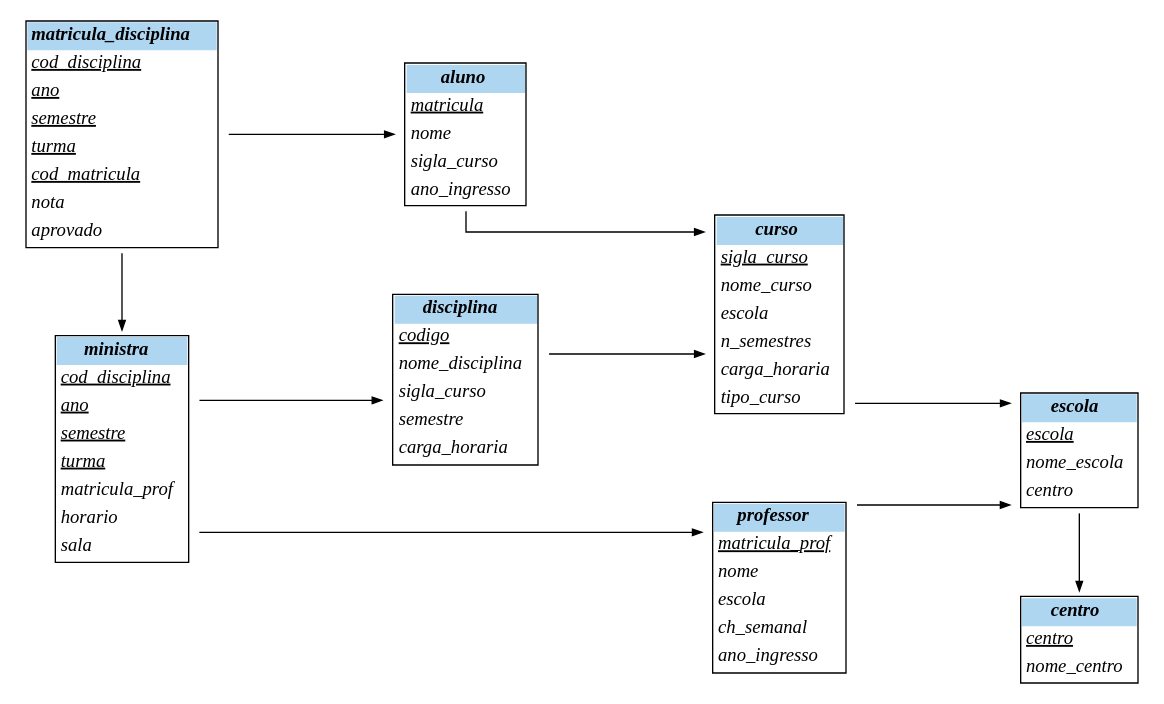
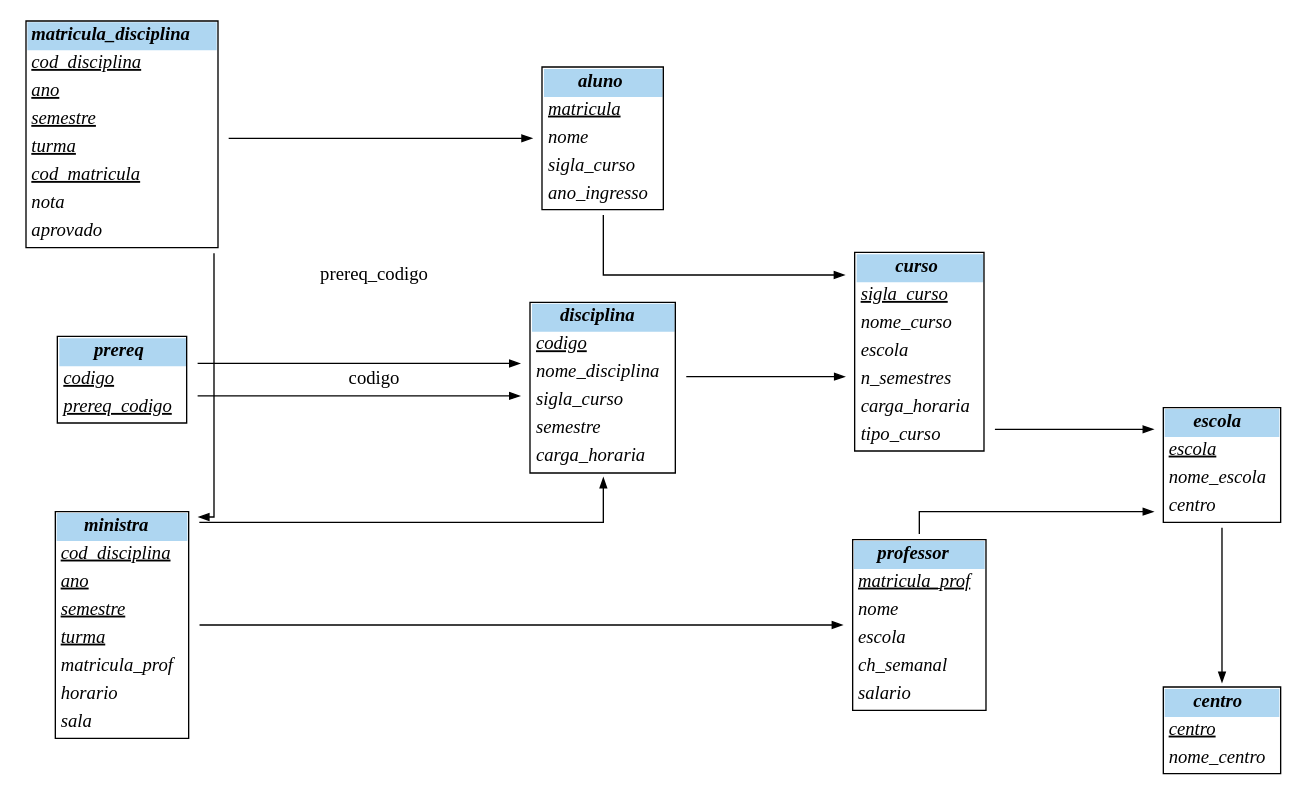
One commit to BragaD/UnDF-BancodeDados-202601 changed the diagram in content/cap02/04-diagrama-schema.qmd. Above: the diagram before and after it, drawn with Graphviz. The commit also changed other lines of this file and 7 other files, not shown here.

````diff
--- a/content/cap02/04-diagrama-schema.qmd
+++ b/content/cap02/04-diagrama-schema.qmd
@@ -57,7 +57,7 @@
       <TR><TD ALIGN="LEFT"><I>nome</I></TD></TR>
       <TR><TD ALIGN="LEFT"><I>escola</I></TD></TR>
       <TR><TD ALIGN="LEFT"><I>ch_semanal</I></TD></TR>
-      <TR><TD ALIGN="LEFT"><I>ano_ingresso</I></TD></TR>
+      <TR><TD ALIGN="LEFT"><I>salario</I></TD></TR>
     </TABLE>
   >];
 
@@ -108,11 +108,19 @@
     </TABLE>
   >];
 
+  prereq [label=<
+    <TABLE BORDER="1" CELLBORDER="0" CELLSPACING="0" CELLPADDING="3" BGCOLOR="white">
+      <TR><TD BGCOLOR="#AED6F1" ALIGN="CENTER"><I><B>prereq</B></I></TD></TR>
+      <TR><TD ALIGN="LEFT"><U><I>codigo</I></U></TD></TR>
+      <TR><TD ALIGN="LEFT"><U><I>prereq_codigo</I></U></TD></TR>
+    </TABLE>
+  >];
+
   // Layout: centro e escola à esquerda, entidades no meio, associações à direita
   { rank=same; centro; escola; }
   { rank=same; curso; professor; }
   { rank=same; aluno; disciplina; }
-  { rank=same; ministra; matricula_disciplina; }
+  { rank=same; ministra; matricula_disciplina; prereq; }
 
   // Chaves estrangeiras
   escola               -> centro
@@ -124,5 +132,7 @@
   ministra             -> professor
   matricula_disciplina -> ministra
   matricula_disciplina -> aluno
+  prereq               -> disciplina [label="codigo"]
+  prereq               -> disciplina [label="prereq_codigo"]
 }
 ```
````
